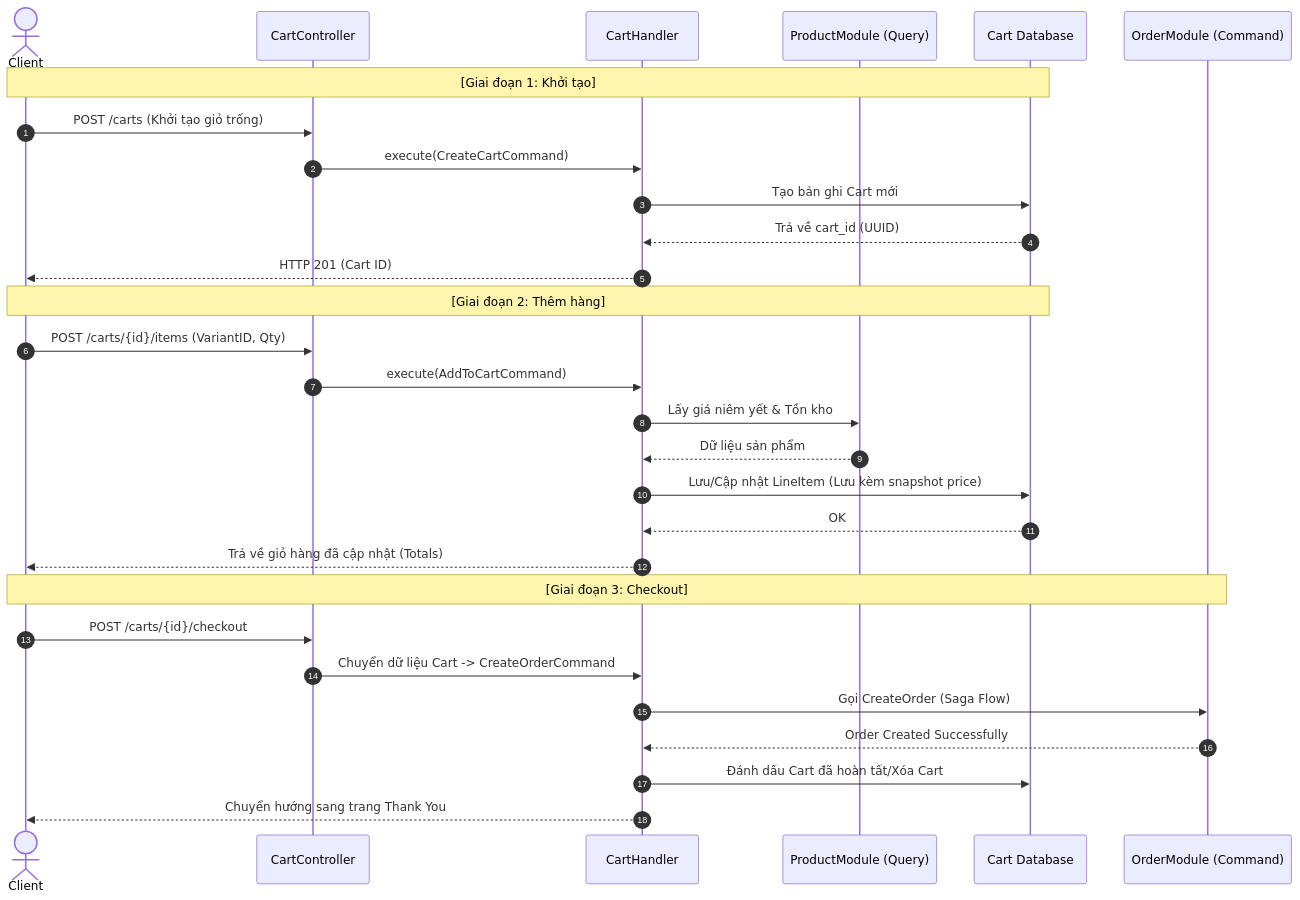
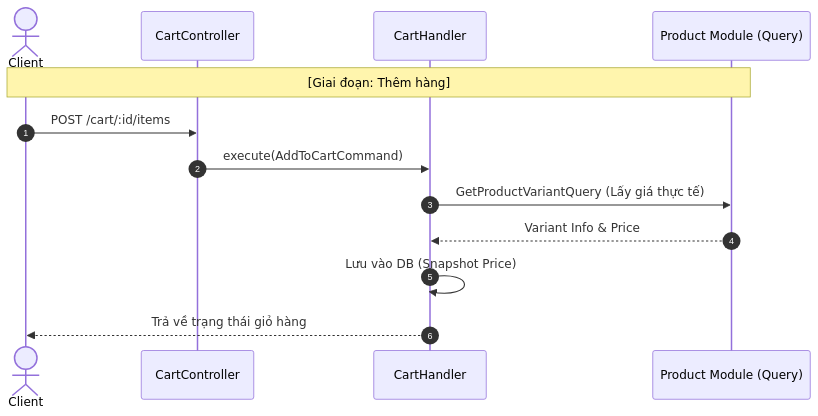
Before and after one commit to lntuanhcmus/EcommerceNestJs: the diagram in docs/04_cart_flow.md, drawn with Mermaid. The commit also changed other lines of this file and 99 other files, not shown here.

````diff
--- a/docs/04_cart_flow.md
+++ b/docs/04_cart_flow.md
@@ -41,34 +22,16 @@
 ```mermaid
 sequenceDiagram
     autonumber
     actor Client
     participant Ctrl as CartController
     participant Handler as CartHandler
-    participant ProdSrv as ProductModule (Query)
-    participant DB as Cart Database
-    participant OrderModule as OrderModule (Command)
+    participant Prod as Product Module (Query)
 
-    Note over Client, DB: [Giai đoạn 1: Khởi tạo]
-    Client->>Ctrl: POST /carts (Khởi tạo giỏ trống)
-    Ctrl->>Handler: execute(CreateCartCommand)
-    Handler->>DB: Tạo bản ghi Cart mới
-    DB-->>Handler: Trả về cart_id (UUID)
-    Handler-->>Client: HTTP 201 (Cart ID)
-
-    Note over Client, DB: [Giai đoạn 2: Thêm hàng]
-    Client->>Ctrl: POST /carts/{id}/items (VariantID, Qty)
+    Note over Client, Prod: [Giai đoạn: Thêm hàng]
+    Client->>Ctrl: POST /cart/:id/items
     Ctrl->>Handler: execute(AddToCartCommand)
-    Handler->>ProdSrv: Lấy giá niêm yết & Tồn kho
-    ProdSrv-->>Handler: Dữ liệu sản phẩm
-    Handler->>DB: Lưu/Cập nhật LineItem (Lưu kèm snapshot price)
-    DB-->>Handler: OK
-    Handler-->>Client: Trả về giỏ hàng đã cập nhật (Totals)
-
-    Note over Client, OrderModule: [Giai đoạn 3: Checkout]
-    Client->>Ctrl: POST /carts/{id}/checkout
-    Ctrl->>Handler: Chuyển dữ liệu Cart -> CreateOrderCommand
-    Handler->>OrderModule: Gọi CreateOrder (Saga Flow)
-    OrderModule-->>Handler: Order Created Successfully
-    Handler->>DB: Đánh dấu Cart đã hoàn tất/Xóa Cart
-    Handler-->>Client: Chuyển hướng sang trang Thank You
+    Handler->>Prod: GetProductVariantQuery (Lấy giá thực tế)
+    Prod-->>Handler: Variant Info & Price
+    Handler->>Handler: Lưu vào DB (Snapshot Price)
+    Handler-->>Client: Trả về trạng thái giỏ hàng
 ```
````
